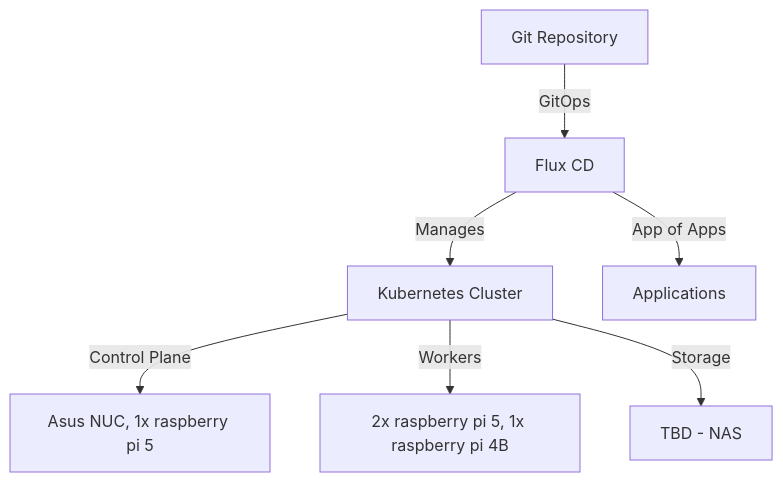
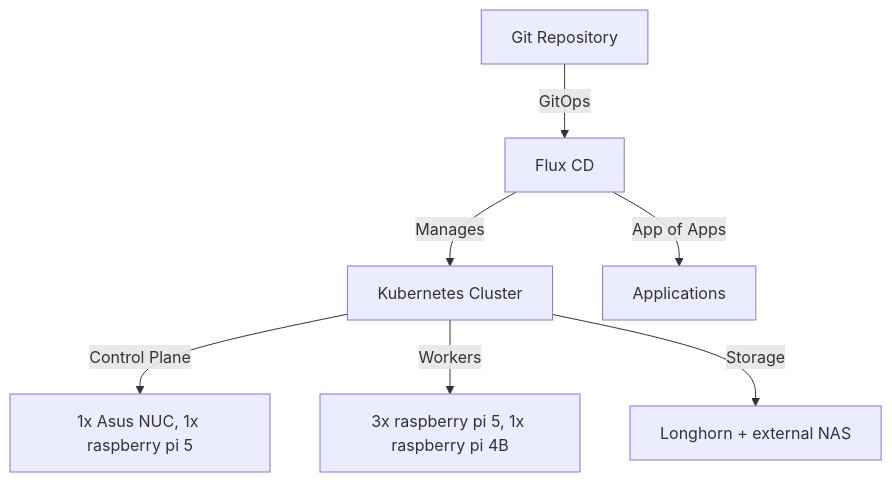
Before and after one commit to paccao/homelab: the diagram in README.md, drawn with Mermaid. The commit also changed other lines of this file, not shown here.

````diff
--- a/README.md
+++ b/README.md
@@ -37,9 +38,9 @@
 ```mermaid
 graph TD
     A[Git Repository] -->|GitOps| B[Flux CD]
     B -->|Manages| C[Kubernetes Cluster]
-    C -->|Control Plane| D[Asus NUC, 1x raspberry pi 5]
-    C -->|Workers| E[2x raspberry pi 5, 1x raspberry pi 4B]
-    C -->|Storage| F[TBD - NAS]
+    C -->|Control Plane| D[1x Asus NUC, 1x raspberry pi 5]
+    C -->|Workers| E[3x raspberry pi 5, 1x raspberry pi 4B]
+    C -->|Storage| F[Longhorn + external NAS]
     B -->|App of Apps| G[Applications]
 ```
````
